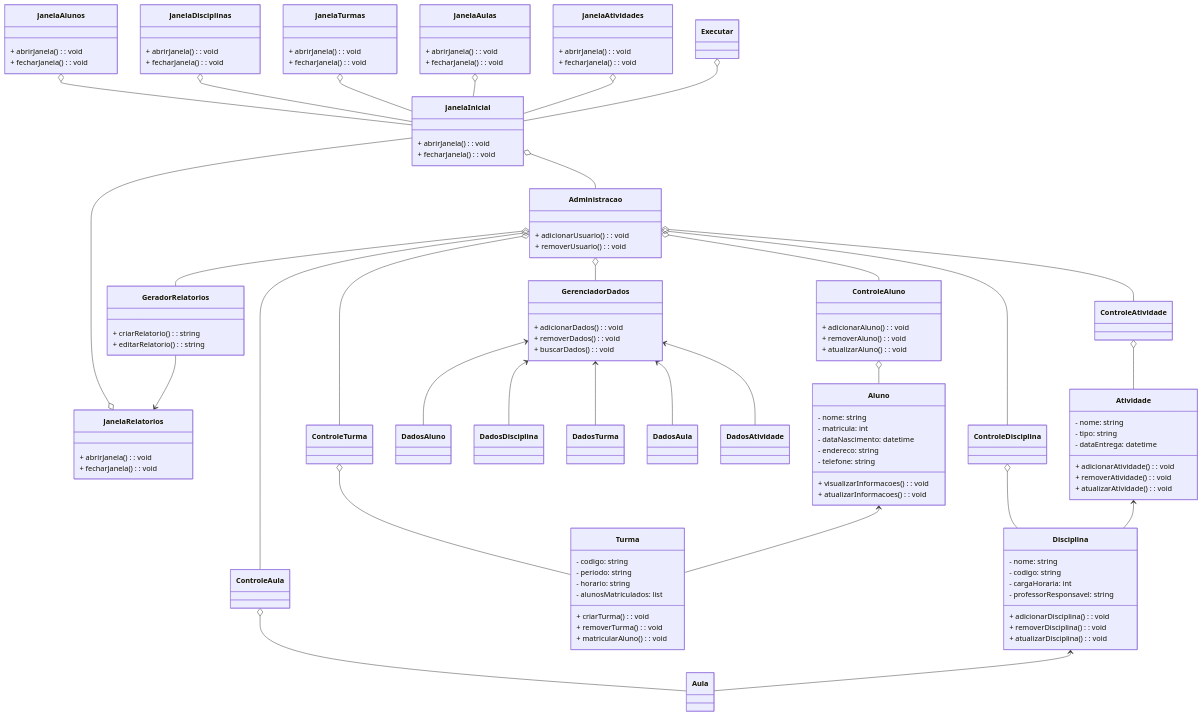
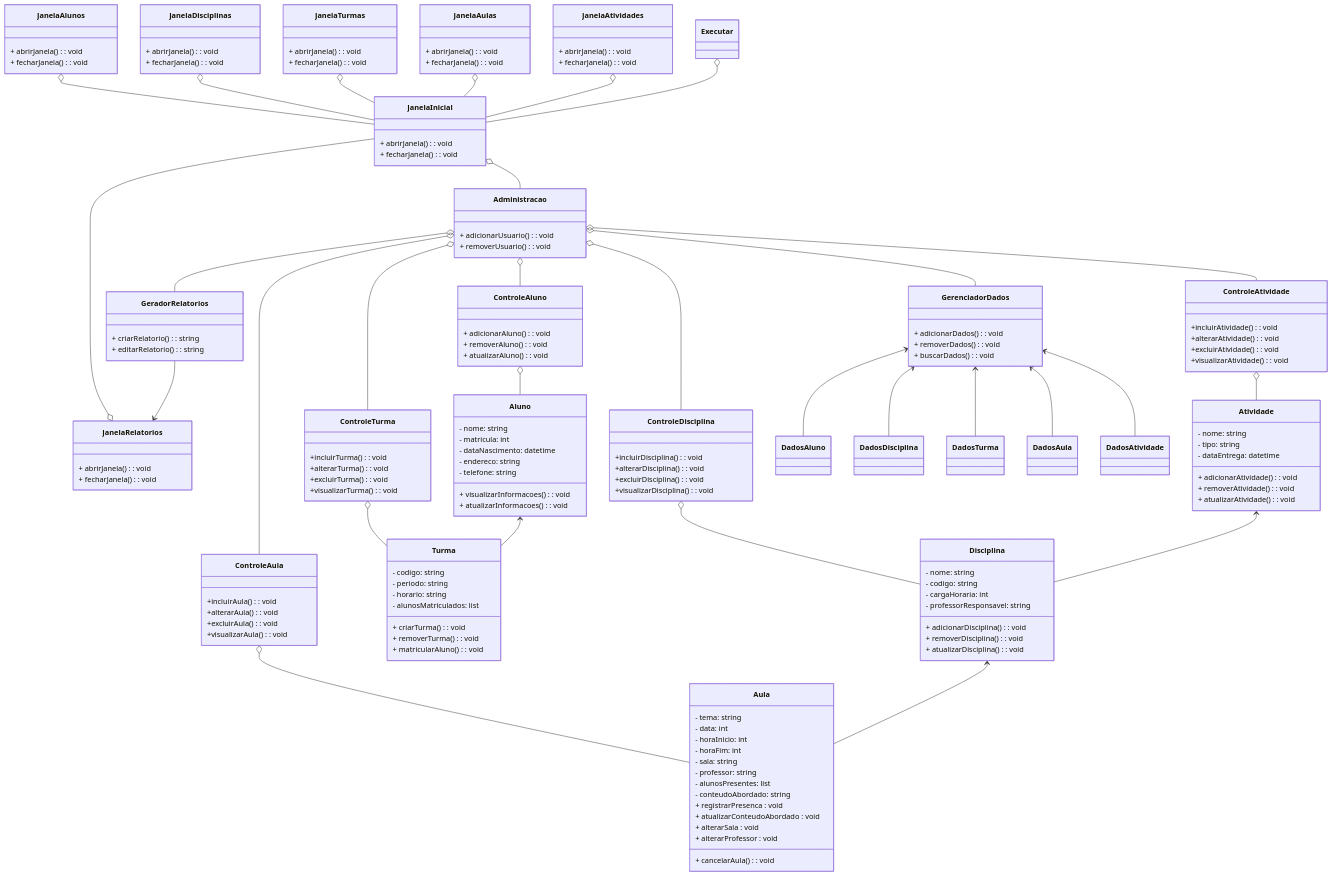
The diagram in EngSoft.md (mamaclara99/diagramaclasses), drawn with Mermaid before and after one commit.

```diff
--- a/EngSoft.md
+++ b/EngSoft.md
@@ -56,6 +56,21 @@
         + visualizarInformacoes(): void
         + atualizarInformacoes(): void
     }
+      class Aula {
+        - tema: string
+        - data: int
+        - horaInicio: int
+        - horaFim: int
+        - sala: string
+        - professor: string
+        - alunosPresentes: list
+        - conteudoAbordado: string
+        + registrarPresenca : void
+        + atualizarConteudoAbordado : void
+        + alterarSala : void
+        + alterarProfessor : void
+        + cancelarAula(): void
+    }
 
     class Disciplina {
         - nome: string
@@ -89,6 +104,30 @@
         + criarRelatorio (): string
         + editarRelatorio (): string
     }
+   class ControleTurma{
+      +incluirTurma () : void
+      +alterarTurma () : void
+      +excluirTurma () : void
+      +visualizarTurma() : void
+   }
+   class ControleAula{
+      +incluirAula () : void
+      +alterarAula () : void
+      +excluirAula () : void
+      +visualizarAula() : void
+   }
+   class ControleAtividade{
+      +incluirAtividade() : void
+      +alterarAtividade () : void
+      +excluirAtividade () : void
+      +visualizarAtividade() : void
+   }
+   class ControleDisciplina{
+      +incluirDisciplina () : void
+      +alterarDisciplina () : void
+      +excluirDisciplina () : void
+      +visualizarDisciplina() : void
+   }
 
     JanelaInicial o-- Administracao
     JanelaAlunos o-- JanelaInicial
```
